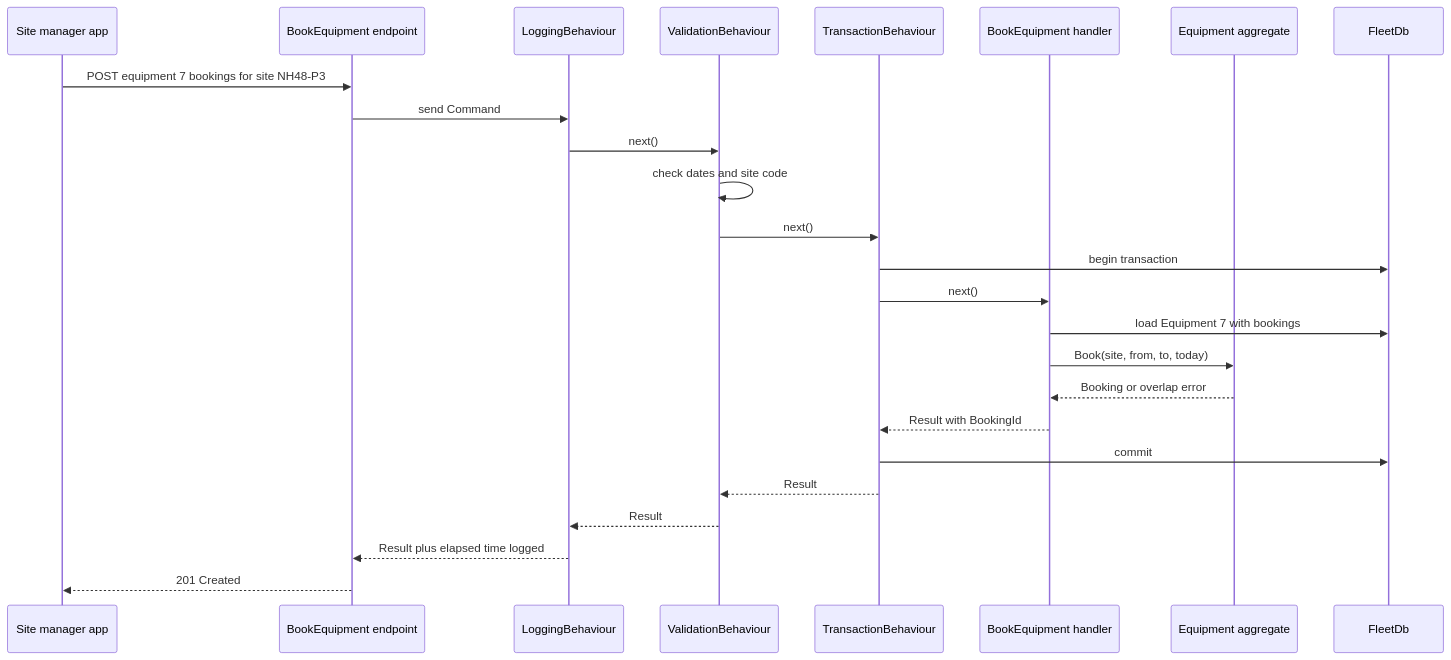
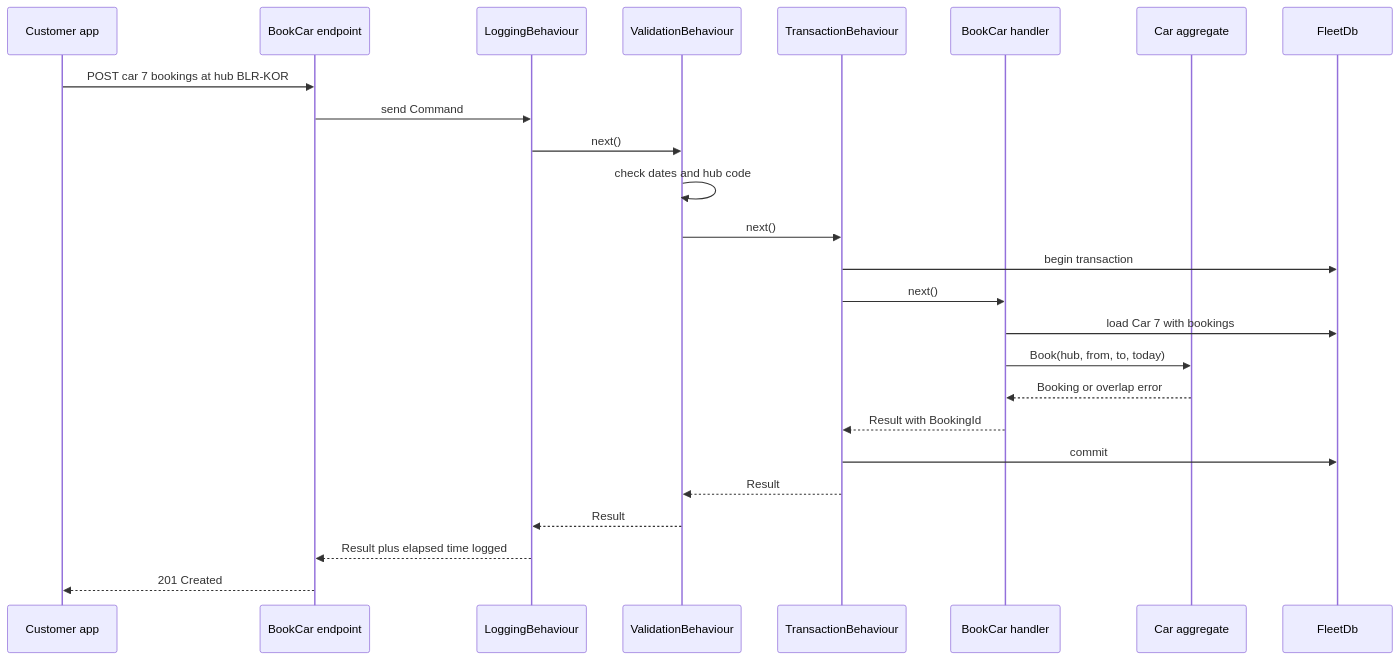
The second of 3 diagrams in content/lessons/m08/m08-vertical-slice.md (rizwi0786/system-design-lab), drawn with Mermaid before and after one commit. The commit also changed other lines of this file and 334 other files, not shown here.

````diff
--- a/content/lessons/m08/m08-vertical-slice.md
+++ b/content/lessons/m08/m08-vertical-slice.md
@@ -207,27 +207,27 @@
 ```mermaid
 sequenceDiagram
-    participant M as Site manager app
-    participant E as BookEquipment endpoint
+    participant M as Customer app
+    participant E as BookCar endpoint
     participant L as LoggingBehaviour
     participant V as ValidationBehaviour
     participant T as TransactionBehaviour
-    participant H as BookEquipment handler
-    participant Q as Equipment aggregate
+    participant H as BookCar handler
+    participant Q as Car aggregate
     participant D as FleetDb
-    M->>E: POST equipment 7 bookings for site NH48-P3
+    M->>E: POST car 7 bookings at hub BLR-KOR
     E->>L: send Command
     L->>V: next()
-    V->>V: check dates and site code
+    V->>V: check dates and hub code
     V->>T: next()
     T->>D: begin transaction
     T->>H: next()
-    H->>D: load Equipment 7 with bookings
-    H->>Q: Book(site, from, to, today)
+    H->>D: load Car 7 with bookings
+    H->>Q: Book(hub, from, to, today)
     Q-->>H: Booking or overlap error
     H-->>T: Result with BookingId
     T->>D: commit
     T-->>V: Result
     V-->>L: Result
     L-->>E: Result plus elapsed time logged
     E-->>M: 201 Created
 ```
````
